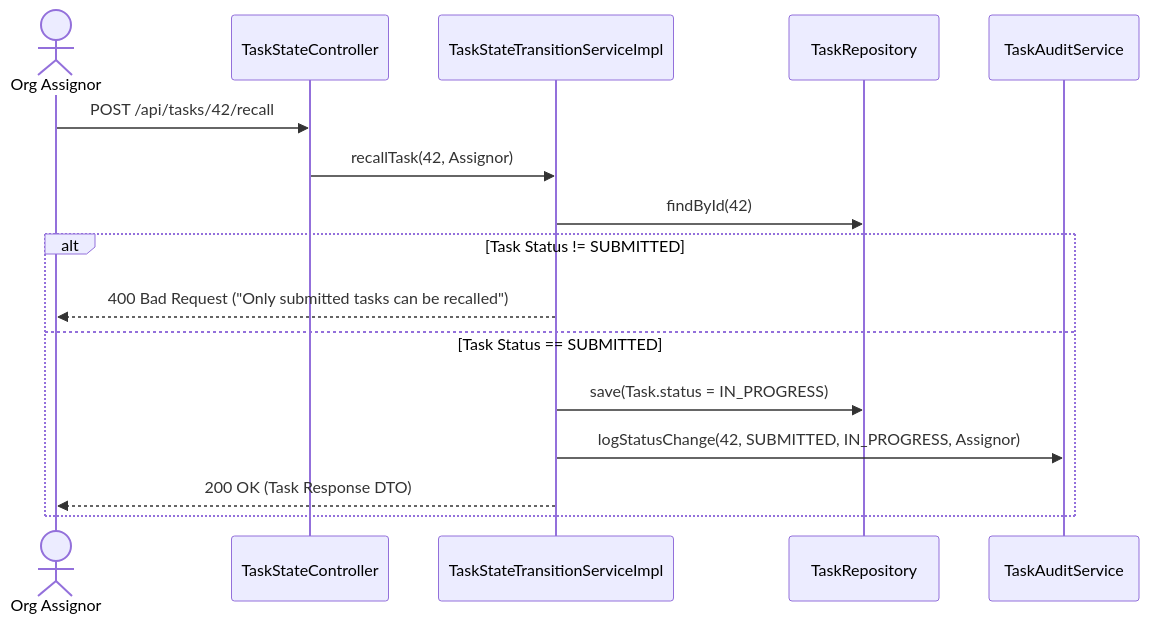
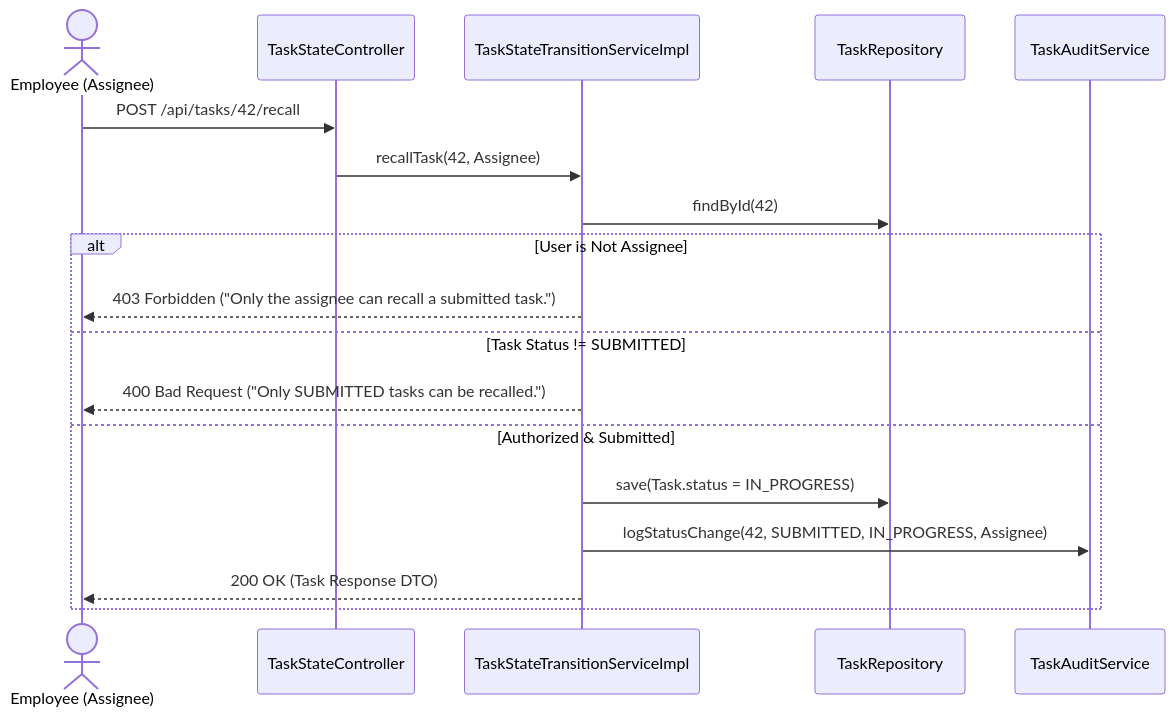
One commit to srikarthickeyanganapathy/Ryokai_backend changed the sixth of 9 diagrams in docs/workflows.md. Above: the diagram before and after it, drawn with Mermaid. The commit also changed other lines of this file and 1 other file, not shown here.

Commit message:
docs: initialize backend documentation with system specifications and workflow sequence diagrams

````diff
--- a/docs/workflows.md
+++ b/docs/workflows.md
@@ -146,20 +146,22 @@
 ```mermaid
 sequenceDiagram
-    actor Assignor as Org Assignor
+    actor Assignee as Employee (Assignee)
     participant StateCtrl as TaskStateController
     participant StateSvc as TaskStateTransitionServiceImpl
     participant TaskRepo as TaskRepository
     participant AuditSvc as TaskAuditService
 
-    Assignor->>StateCtrl: POST /api/tasks/42/recall
-    StateCtrl->>StateSvc: recallTask(42, Assignor)
+    Assignee->>StateCtrl: POST /api/tasks/42/recall
+    StateCtrl->>StateSvc: recallTask(42, Assignee)
     StateSvc->>TaskRepo: findById(42)
     
-    alt Task Status != SUBMITTED
-        StateSvc-->>Assignor: 400 Bad Request ("Only submitted tasks can be recalled")
-    else Task Status == SUBMITTED
+    alt User is Not Assignee
+        StateSvc-->>Assignee: 403 Forbidden ("Only the assignee can recall a submitted task.")
+    else Task Status != SUBMITTED
+        StateSvc-->>Assignee: 400 Bad Request ("Only SUBMITTED tasks can be recalled.")
+    else Authorized & Submitted
         StateSvc->>TaskRepo: save(Task.status = IN_PROGRESS)
-        StateSvc->>AuditSvc: logStatusChange(42, SUBMITTED, IN_PROGRESS, Assignor)
-        StateSvc-->>Assignor: 200 OK (Task Response DTO)
+        StateSvc->>AuditSvc: logStatusChange(42, SUBMITTED, IN_PROGRESS, Assignee)
+        StateSvc-->>Assignee: 200 OK (Task Response DTO)
     end
 ```
````
